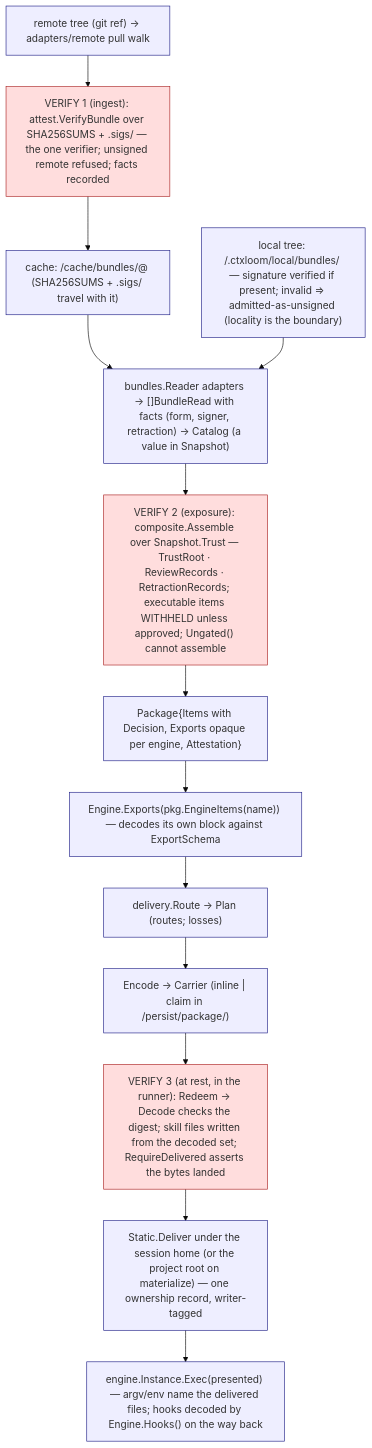
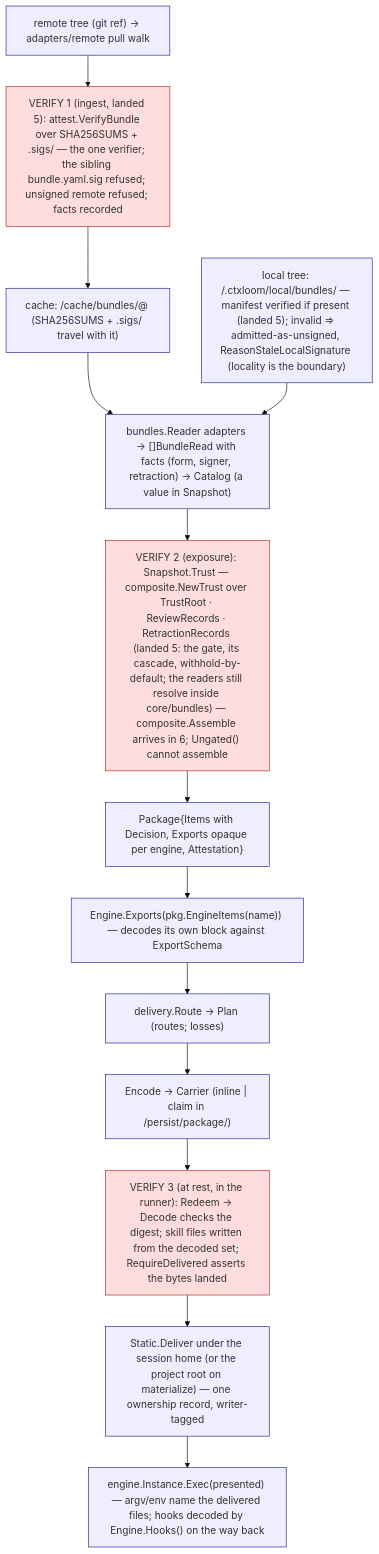
Before and after one commit to ctxloom/ctxloom: the fifth of 5 diagrams in docs/architecture/audit-2026-09-18/30-decided-architecture.md, drawn with Mermaid (base theme). The commit also changed other lines of this file and 1 other file, not shown here.

First line of the commit message:
docs(arch): the trust holder as landed — §1.1 composite node, §2.3 VERIFY 1–2, the CLI trust graph

````diff
--- a/docs/architecture/audit-2026-09-18/30-decided-architecture.md
+++ b/docs/architecture/audit-2026-09-18/30-decided-architecture.md
@@ -3182,21 +3182,21 @@
 ```mermaid
 flowchart TB
   classDef v fill:#fdd,stroke:#a22
   classDef s fill:#eef,stroke:#228
   R["remote tree (git ref) → adapters/remote pull walk"]:::s
-  V1["VERIFY 1 (ingest): attest.VerifyBundle over SHA256SUMS + .sigs/ — the one verifier; unsigned remote refused; facts recorded"]:::v
+  V1["VERIFY 1 (ingest, landed 5): attest.VerifyBundle over SHA256SUMS + .sigs/ — the one verifier; the sibling bundle.yaml.sig refused; unsigned remote refused; facts recorded"]:::v
   C["cache: <app>/cache/bundles/<name>@<pin> (SHA256SUMS + .sigs/ travel with it)"]:::s
-  L["local tree: <project>/.ctxloom/local/bundles/<name> — signature verified if present; invalid ⇒ admitted-as-unsigned (locality is the boundary)"]:::s
+  L["local tree: <project>/.ctxloom/local/bundles/<name> — manifest verified if present (landed 5); invalid ⇒ admitted-as-unsigned, ReasonStaleLocalSignature (locality is the boundary)"]:::s
   RD["bundles.Reader adapters → []BundleRead with facts (form, signer, retraction) → Catalog (a value in Snapshot)"]:::s
-  V2["VERIFY 2 (exposure): composite.Assemble over Snapshot.Trust — TrustRoot · ReviewRecords · RetractionRecords; executable items WITHHELD unless approved; Ungated() cannot assemble"]:::v
+  V2["VERIFY 2 (exposure): Snapshot.Trust — composite.NewTrust over TrustRoot · ReviewRecords · RetractionRecords (landed 5: the gate, its cascade, withhold-by-default; the readers still resolve inside core/bundles) — composite.Assemble arrives in 6; Ungated() cannot assemble"]:::v
   P["Package{Items with Decision, Exports opaque per engine, Attestation}"]:::s
   E["Engine.Exports(pkg.EngineItems(name)) — decodes its own block against ExportSchema"]:::s
   PL["delivery.Route → Plan (routes; losses)"]:::s
   ENC["Encode → Carrier (inline | claim in <harp>/persist/package/<digest>)"]:::s
   V3["VERIFY 3 (at rest, in the runner): Redeem → Decode checks the digest; skill files written from the decoded set; RequireDelivered asserts the bytes landed"]:::v
   D["Static.Deliver under the session home (or the project root on materialize) — one ownership record, writer-tagged"]:::s
   X["engine.Instance.Exec(presented) — argv/env name the delivered files; hooks decoded by Engine.Hooks() on the way back"]:::s
   R --> V1 --> C --> RD
   L --> RD
   RD --> V2 --> P --> E --> PL --> ENC --> V3 --> D --> X
 ```
````
